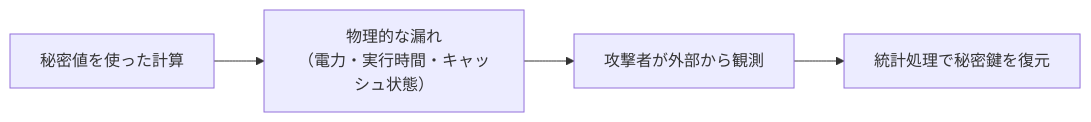
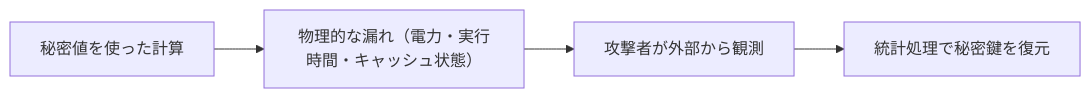
The diagram in topics/04_hardware-security/04_side-channels/README.md (SomaTomita/sec-prep), drawn with Mermaid before and after one commit. The commit also changed other lines of this file and 4 other files, not shown here.

````diff
--- a/topics/04_hardware-security/04_side-channels/README.md
+++ b/topics/04_hardware-security/04_side-channels/README.md
@@ -12,6 +10,6 @@
 ```mermaid
 flowchart LR
-    S["秘密値を使った計算"] --> L["物理的な漏れ<br>（電力・実行時間・キャッシュ状態）"]
+    S["秘密値を使った計算"] --> L["物理的な漏れ（電力・実行時間・キャッシュ状態）"]
     L --> O["攻撃者が外部から観測"]
     O --> A["統計処理で秘密鍵を復元"]
 ```
````
